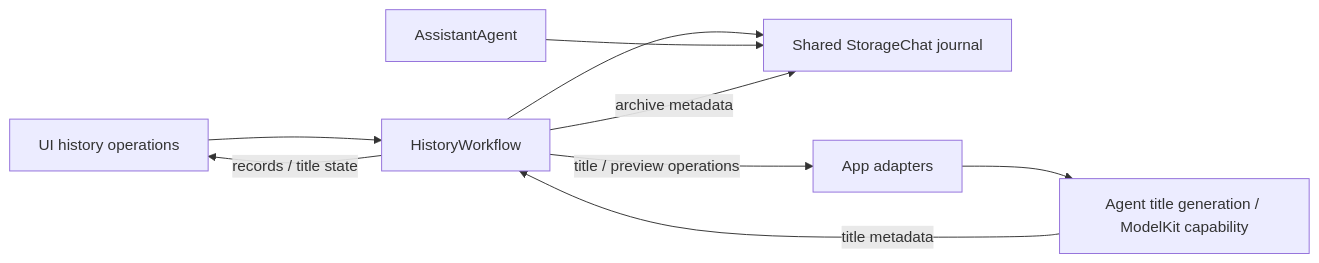
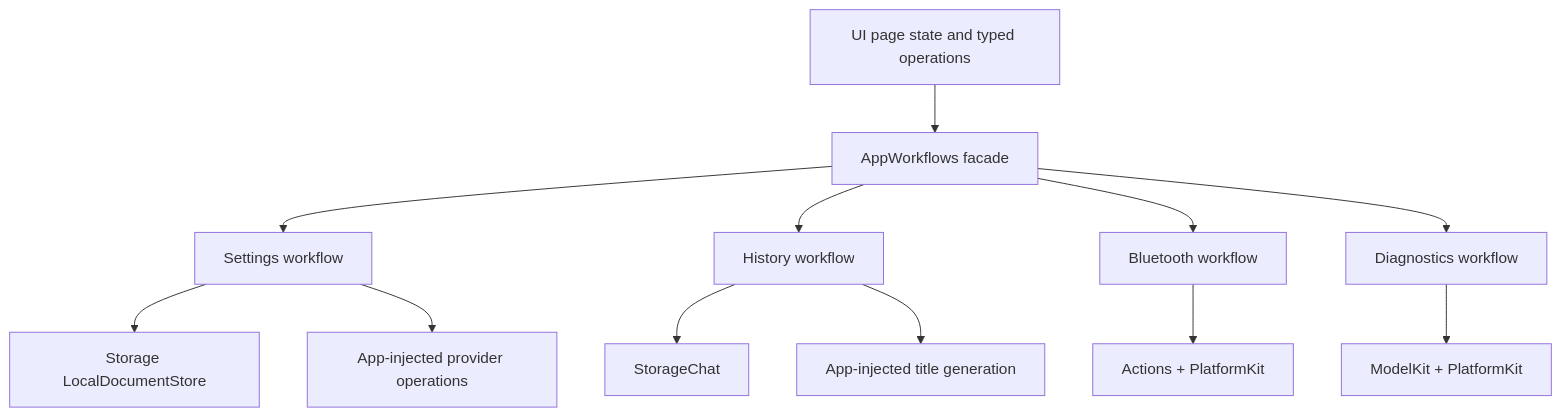
One commit to devilyouwei/MobileHarness changed diagram 11 of 12 in MobileHarness/README.md. Above: the diagram before and after it, drawn with Mermaid. The commit also changed other lines of this file, not shown here.

Commit message:
docs: refocus MobileHarness architecture guide

````diff
--- a/MobileHarness/README.md
+++ b/MobileHarness/README.md
@@ -638,11 +458,14 @@
 ```mermaid
-flowchart LR
-    UI[UI history operations] --> History[HistoryWorkflow]
-    History --> Journal[Shared StorageChat journal]
-    Assistant[AssistantAgent] --> Journal
-    History -->|title / preview operations| App[App adapters]
-    App --> Title[Agent title generation / ModelKit capability]
-    Title -->|title metadata| History
-    History -->|archive metadata| Journal
-    History -->|records / title state| UI
+flowchart TB
+    UI[UI page state and typed operations] --> Facade[AppWorkflows facade]
+    Facade --> Settings[Settings workflow]
+    Facade --> History[History workflow]
+    Facade --> Bluetooth[Bluetooth workflow]
+    Facade --> Diagnostics[Diagnostics workflow]
+    Settings --> Documents[Storage LocalDocumentStore]
+    Settings --> Provider[App-injected provider operations]
+    History --> Journal[StorageChat]
+    History --> Title[App-injected title generation]
+    Bluetooth --> Device[Actions + PlatformKit]
+    Diagnostics --> Capabilities[ModelKit + PlatformKit]
 ```
````
